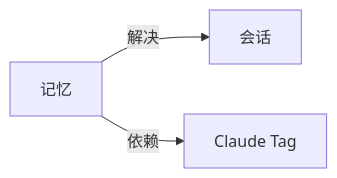
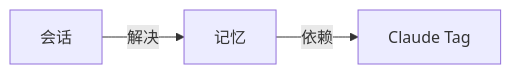
One commit to yibie/claude-best-practices-zh changed the diagram in wiki/记忆.md. Above: the diagram before and after it, drawn with Mermaid. The commit also changed other lines of this file and 407 other files, not shown here.

Commit message:
feat: DeepSeek 三遍审校（译文/关系/图谱）+ 可部署静态站点

````diff
--- a/wiki/记忆.md
+++ b/wiki/记忆.md
@@ -38,6 +40,6 @@
 ```mermaid
 graph LR
   C["记忆"]
-  C -->|解决| N0["会话"]
-  C -->|依赖| N1["Claude Tag"]
+  C -->|依赖| N0["Claude Tag"]
+  N1["会话"] -->|解决| C
 ```
````
